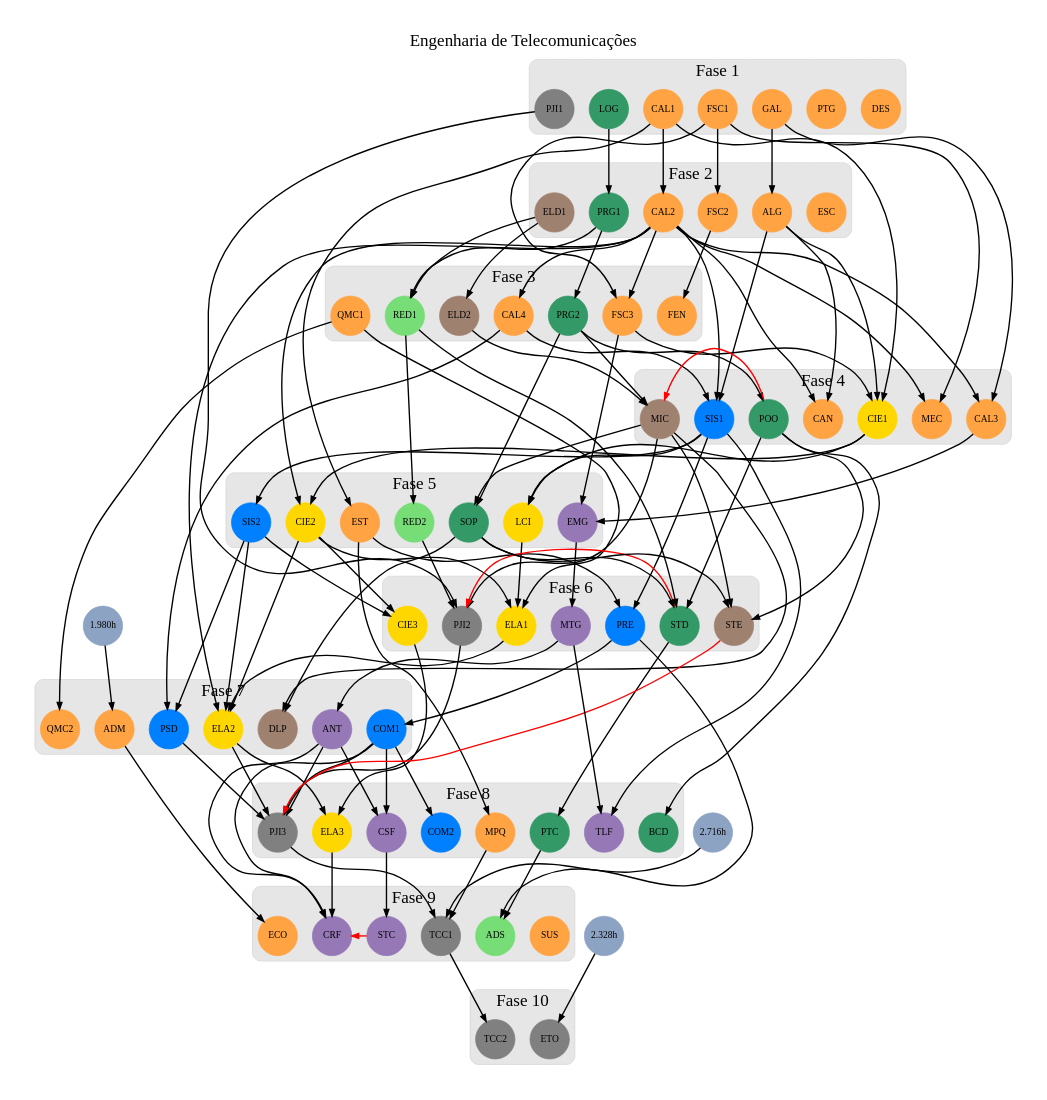
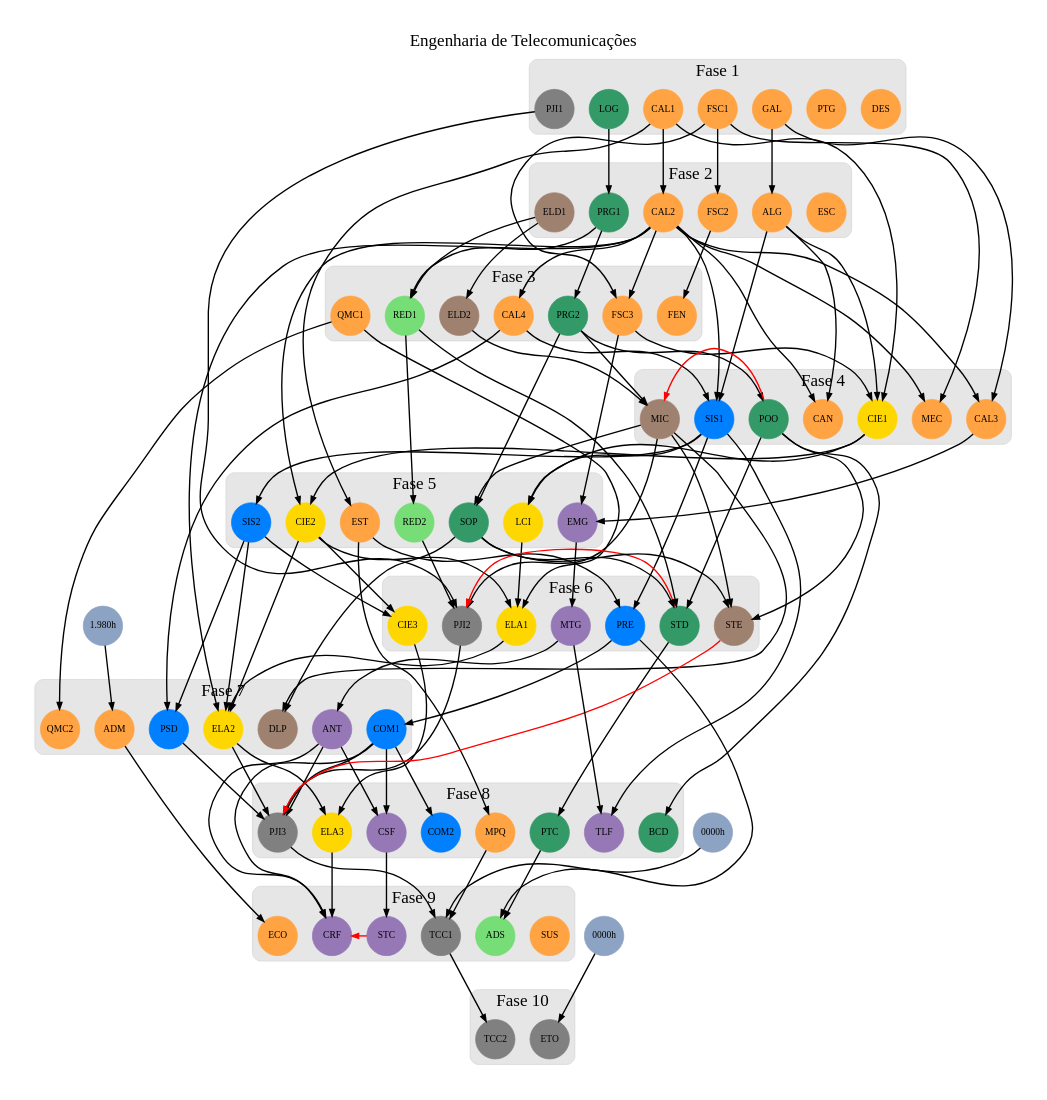
The diagram in engtelecom.dot (emersonmello/grade-dot-engtelecom), drawn with Graphviz before and after one commit. The commit also changed 1 other file, not shown here.

```diff
--- a/engtelecom.dot
+++ b/engtelecom.dot
@@ -224,9 +224,9 @@
 
     // propriedades dos nós
 
-    horas1980 [label="1.980h", color="#8da3c3", id="1.980h"] # TODO rever isso para ADM
-    horasTCC [label="2.716h",  color="#8da3c3", id="2.716h"] # TODO CEPE 70% da CH atual, 3.880
-    horasETO [label="2.328h",  color="#8da3c3", id="2.328h"] # TODO CEPE 60% da CH atual, 3.880
+    horas1980 [label="1.980h", color="#8da3c3", id="horas1980"] # TODO rever isso para ADM
+    horasTCC [label="0000h",  color="#8da3c3", id="horasTCC"] # 70% da CH atual, será preenchido pelo preprocess.gvpr
+    horasETO [label="0000h",  color="#8da3c3", id="horasETO"] # 60% da CH atual, será preenchido pelo preprocess.gvpr
 
     ADM [ch=40, color="#FFA343", id=ADM] # TODO pré-requisito 1980h
     ALG [ch=60, color="#FFA343", id=ALG]
```
